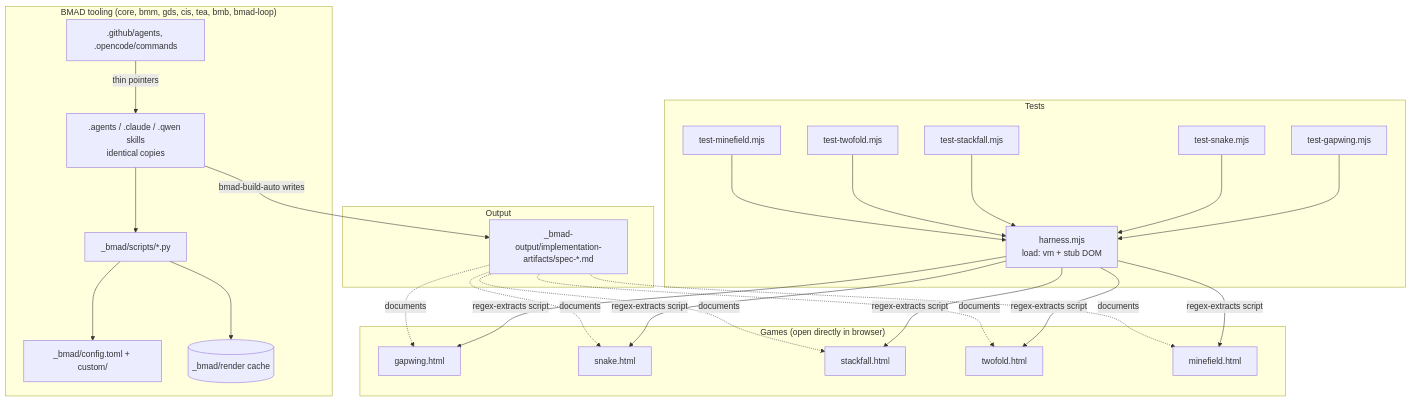
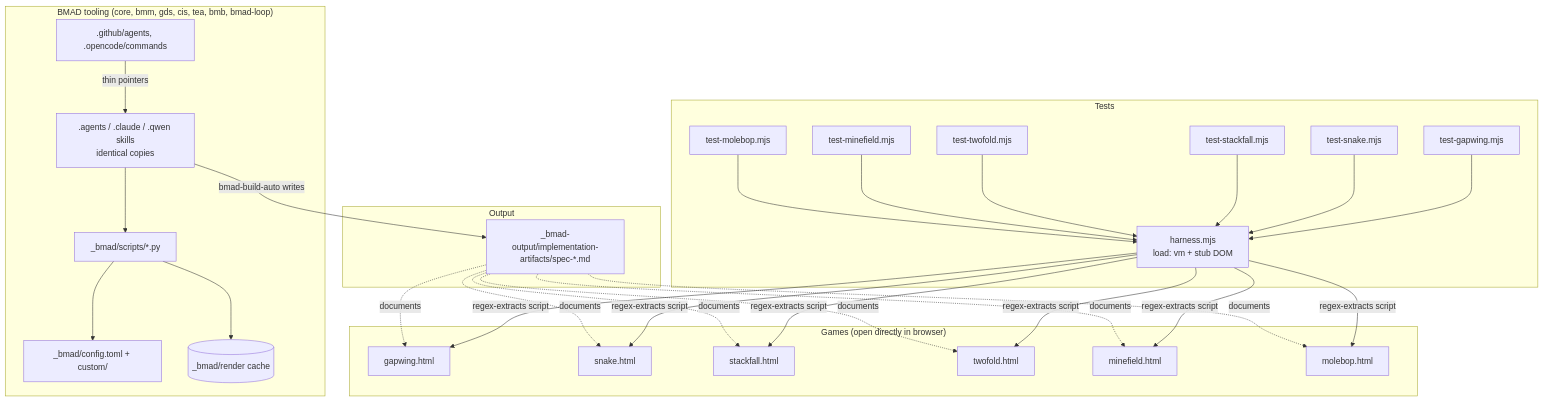
Before and after one commit to KPharcos/retro-games: the first of 3 diagrams in docs/CODEBASE_MAP.md, drawn with Mermaid. The commit also changed other lines of this file, not shown here.

Commit message:
Refresh codebase map for Molebop

````diff
--- a/docs/CODEBASE_MAP.md
+++ b/docs/CODEBASE_MAP.md
@@ -17,48 +17,53 @@
 ```mermaid
 graph TB
     subgraph Games["Games (open directly in browser)"]
         Gap[gapwing.html]
         Snk[snake.html]
         Stk[stackfall.html]
         Two[twofold.html]
         Mine[minefield.html]
+        Mole[molebop.html]
     end
     subgraph Tests
         H[harness.mjs<br/>load: vm + stub DOM]
         TG[test-gapwing.mjs]
         TS[test-snake.mjs]
         TF[test-stackfall.mjs]
         TT[test-twofold.mjs]
         TM[test-minefield.mjs]
+        TMB[test-molebop.mjs]
     end
     subgraph BMAD["BMAD tooling (core, bmm, gds, cis, tea, bmb, bmad-loop)"]
         Cfg[_bmad/config.toml + custom/]
         Scripts[_bmad/scripts/*.py]
         Render[(_bmad/render cache)]
         Skills[.agents / .claude / .qwen skills<br/>identical copies]
         Adapters[.github/agents, .opencode/commands]
     end
     subgraph Output
         Specs[_bmad-output/implementation-artifacts/spec-*.md]
     end
     TG --> H
     TS --> H
     TF --> H
     TT --> H
     TM --> H
+    TMB --> H
     H -->|regex-extracts script| Gap
     H -->|regex-extracts script| Snk
     H -->|regex-extracts script| Stk
     H -->|regex-extracts script| Two
     H -->|regex-extracts script| Mine
+    H -->|regex-extracts script| Mole
     Skills --> Scripts
     Scripts --> Cfg
     Scripts --> Render
     Adapters -->|thin pointers| Skills
     Skills -->|bmad-build-auto writes| Specs
     Specs -.documents.-> Gap
     Specs -.documents.-> Snk
     Specs -.documents.-> Stk
     Specs -.documents.-> Two
     Specs -.documents.-> Mine
+    Specs -.documents.-> Mole
 ```
````
